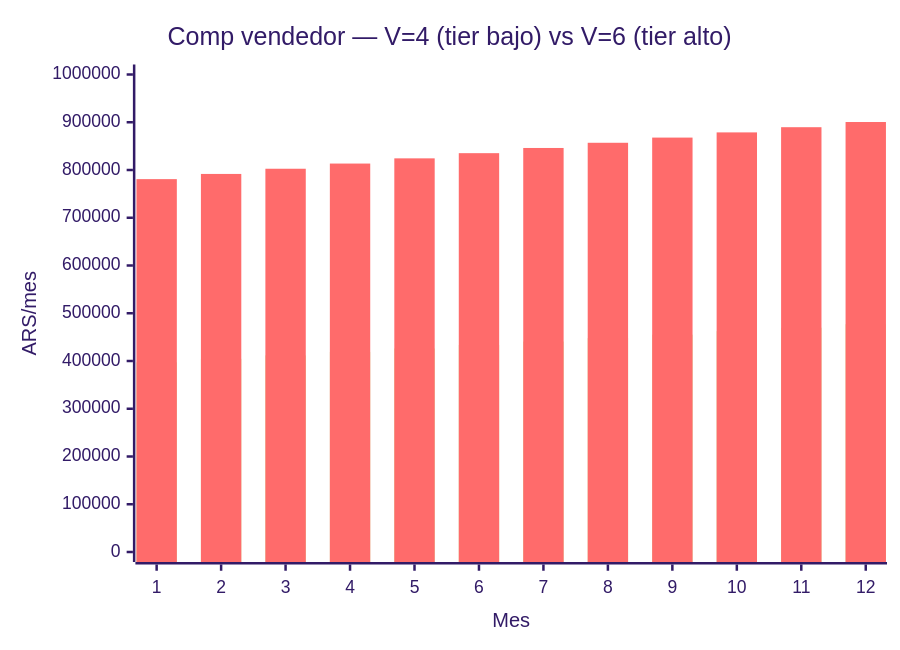
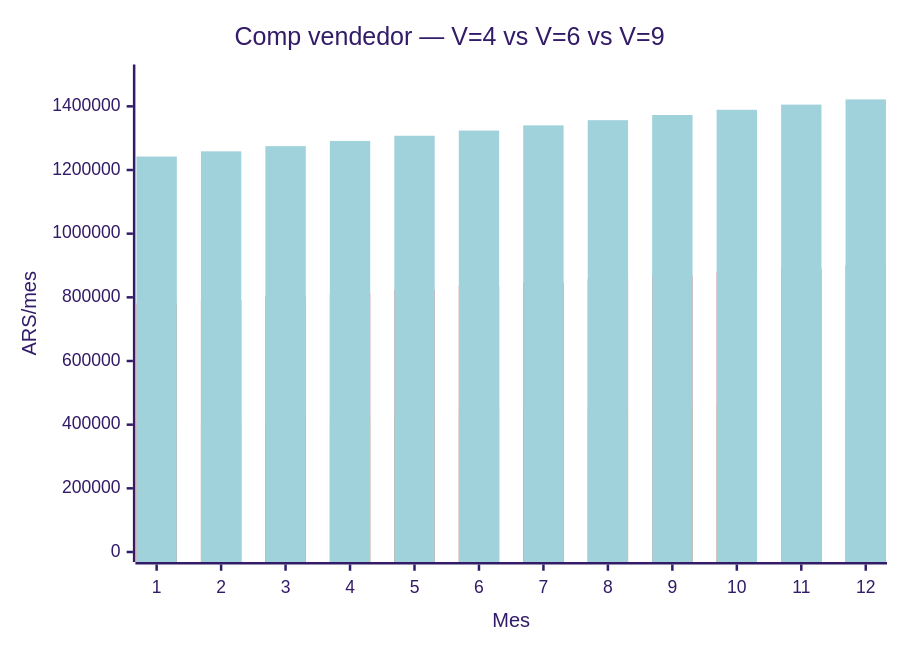
The second of 3 diagrams in vinotecas/lsp-vendedor.md (dantofema/comercial), drawn with Mermaid (forest theme) before and after one commit. The commit also changed other lines of this file, not shown here.

````diff
--- a/vinotecas/lsp-vendedor.md
+++ b/vinotecas/lsp-vendedor.md
@@ -193,8 +198,9 @@
 ```mermaid
 xychart-beta
-    title "Comp vendedor — V=4 (tier bajo) vs V=6 (tier alto)"
+    title "Comp vendedor — V=4 vs V=6 vs V=9"
     x-axis "Mes" [1,2,3,4,5,6,7,8,9,10,11,12]
-    y-axis "ARS/mes" 0 --> 1000000
+    y-axis "ARS/mes" 0 --> 1500000
     bar [397250,404500,411750,419000,426250,433500,440750,448000,455250,462500,469750,477000]
     bar [780875,791750,802625,813500,824375,835250,846125,857000,867875,878750,889625,900500]
+    bar [1242313,1258625,1274938,1291250,1307563,1323875,1340188,1356500,1372813,1389125,1405438,1421750]
 ```
````
